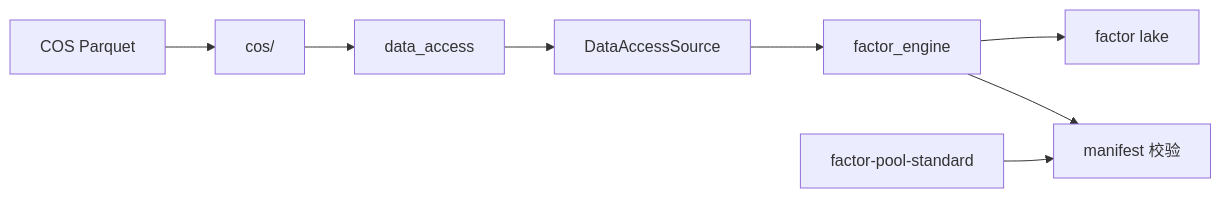
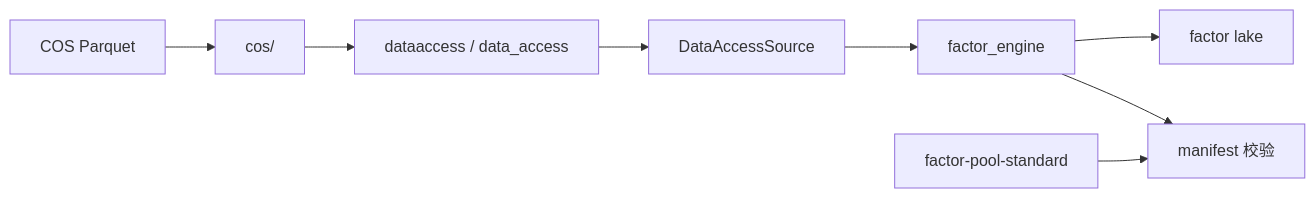
One commit to 18047533889/quant_projects changed the diagram in STRUCTURE.md. Above: the diagram before and after it, drawn with Mermaid. The commit also changed other lines of this file and 26 other files, not shown here.

````diff
--- a/STRUCTURE.md
+++ b/STRUCTURE.md
@@ -76,10 +84,10 @@
 ```mermaid
 flowchart LR
   COS[COS Parquet] --> Mirror[cos/]
-  Mirror --> DA[data_access]
+  Mirror --> DA[dataaccess / data_access]
   DA --> FES[DataAccessSource]
   FES --> FE[factor_engine]
   FE --> Lake[factor lake]
   FPS[factor-pool-standard] --> Manifest[manifest 校验]
   FE --> Manifest
 ```
````
